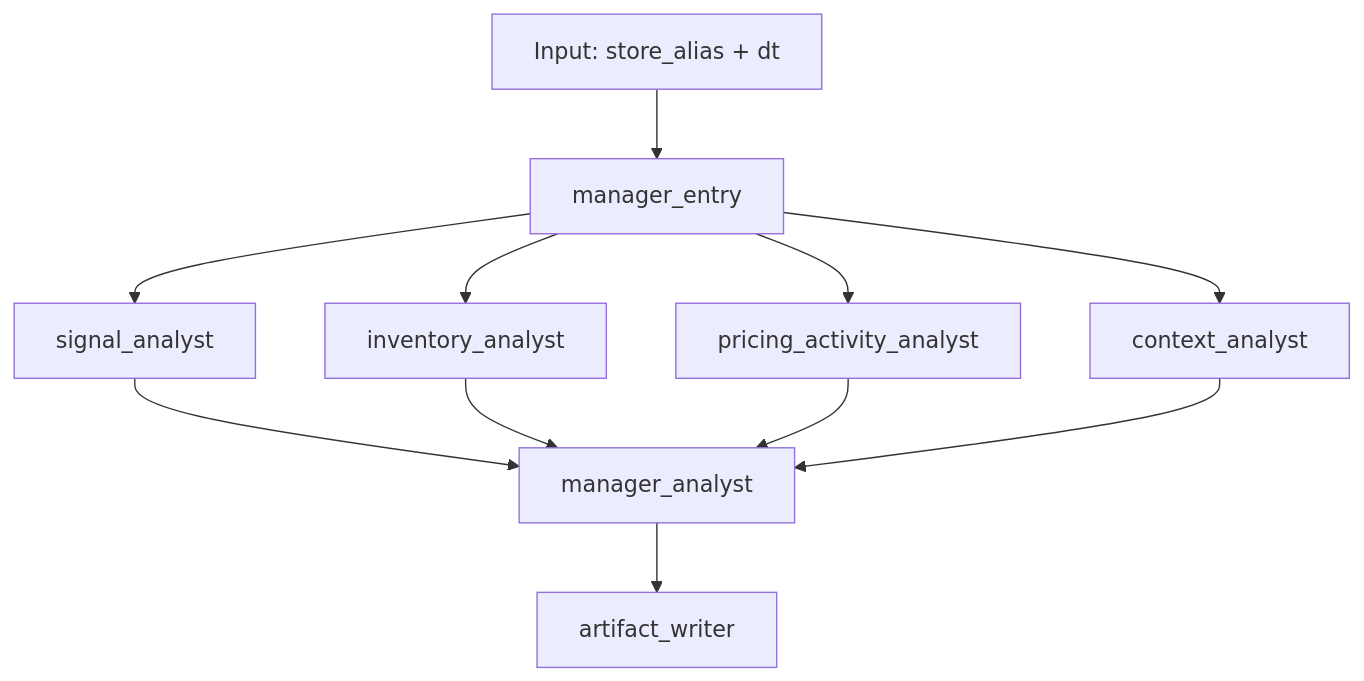
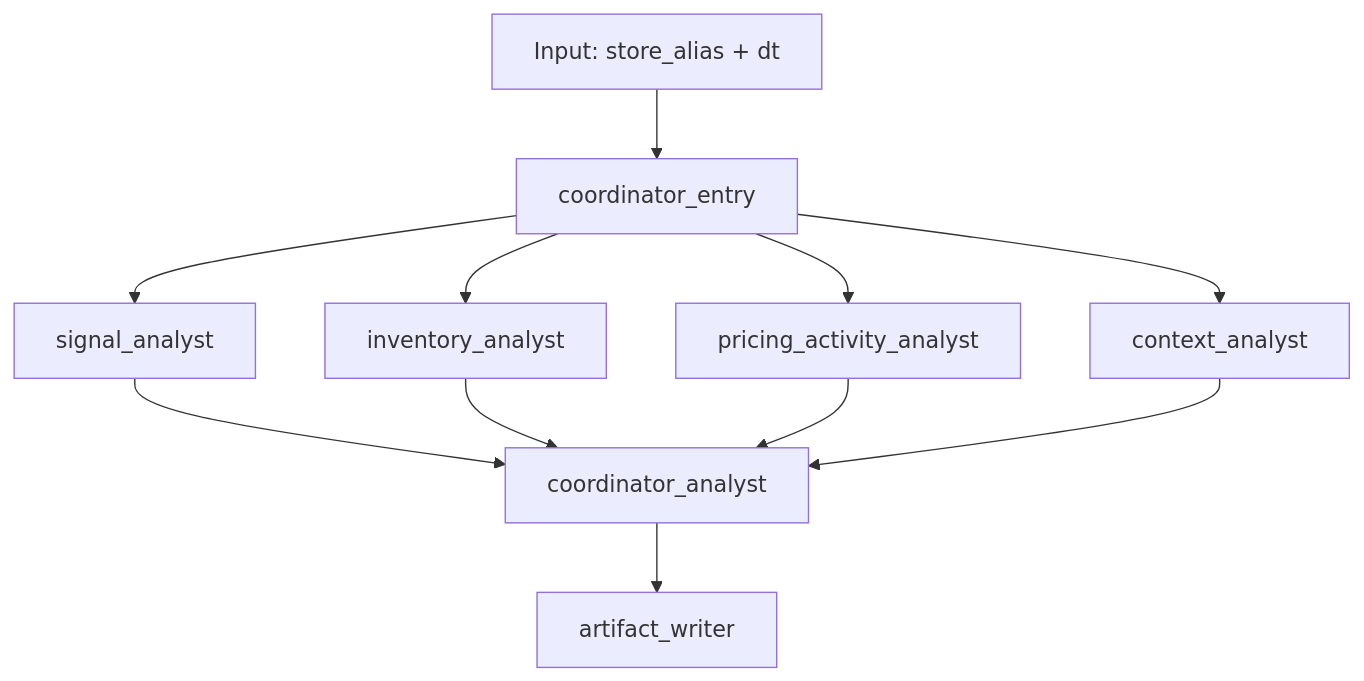
Before and after one commit to chiaweiwoo/retail-insight-agent: the diagram in README.md, drawn with Mermaid. The commit also changed other lines of this file and 296 other files, not shown here.

````diff
--- a/README.md
+++ b/README.md
@@ -175,13 +34,13 @@
 ```mermaid
 flowchart TD
-    A["Input: store_alias + dt"] --> B["manager_entry"]
+    A["Input: store_alias + dt"] --> B["coordinator_entry"]
     B --> C["signal_analyst"]
     B --> D["inventory_analyst"]
     B --> E["pricing_activity_analyst"]
     B --> F["context_analyst"]
-    C --> G["manager_analyst"]
+    C --> G["coordinator_analyst"]
     D --> G
     E --> G
     F --> G
     G --> H["artifact_writer"]
 ```
````
